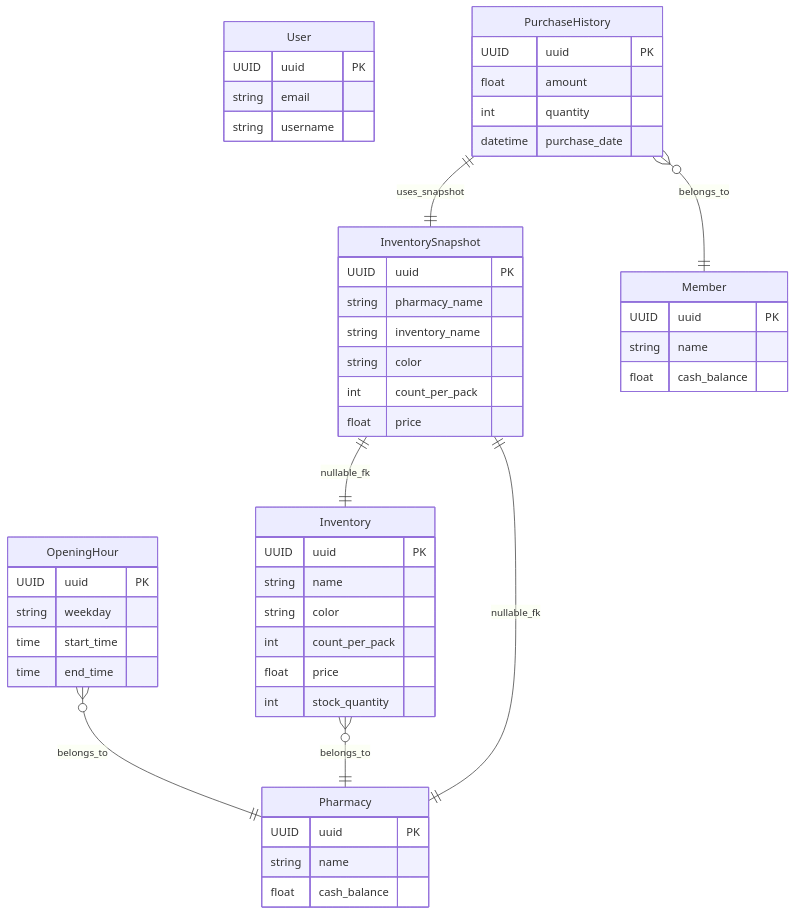
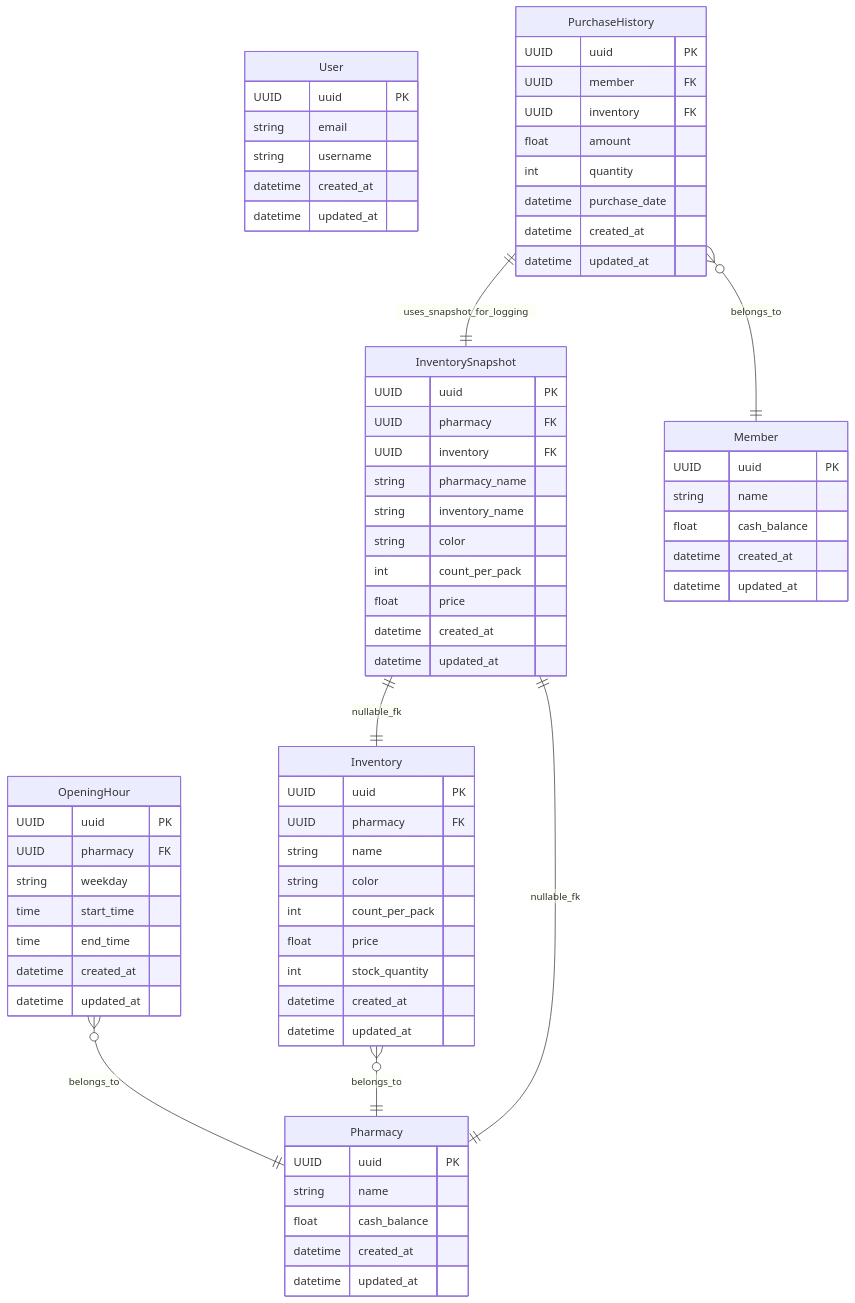
One commit to 0xJasonChien/phantom_mask_bu2 changed the diagram in response.md. Above: the diagram before and after it, drawn with Mermaid.

Commit message:
[fix] update response.md

````diff
--- a/response.md
+++ b/response.md
@@ -100,61 +100,81 @@
 ```mermaid
 erDiagram
 
     User {
         UUID uuid PK
         string email
         string username
+        datetime created_at
+        datetime updated_at
     }
 
     Pharmacy {
         UUID uuid PK
         string name
         float cash_balance
+        datetime created_at
+        datetime updated_at
     }
 
     OpeningHour {
         UUID uuid PK
+        UUID pharmacy FK
         string weekday
         time start_time
         time end_time
+        datetime created_at
+        datetime updated_at
     }
 
     Inventory {
         UUID uuid PK
+        UUID pharmacy FK
         string name
         string color
         int count_per_pack
         float price
         int stock_quantity
+        datetime created_at
+        datetime updated_at
     }
 
     InventorySnapshot {
         UUID uuid PK
+        UUID pharmacy FK
+        UUID inventory FK
         string pharmacy_name
         string inventory_name
         string color
         int count_per_pack
         float price
+        datetime created_at
+        datetime updated_at
     }
 
     Member {
         UUID uuid PK
         string name
         float cash_balance
+        datetime created_at
+        datetime updated_at
     }
 
     PurchaseHistory {
         UUID uuid PK
+        UUID member FK
+        UUID inventory FK
         float amount
         int quantity
         datetime purchase_date
+        datetime created_at
+        datetime updated_at
     }
 
     OpeningHour }o--|| Pharmacy : belongs_to
     Inventory }o--|| Pharmacy : belongs_to
     InventorySnapshot ||--|| Pharmacy : nullable_fk
     InventorySnapshot ||--|| Inventory : nullable_fk
 
     PurchaseHistory }o--|| Member : belongs_to
-    PurchaseHistory ||--|| InventorySnapshot : uses_snapshot
+    PurchaseHistory ||--|| InventorySnapshot : uses_snapshot_for_logging
 ```
````
